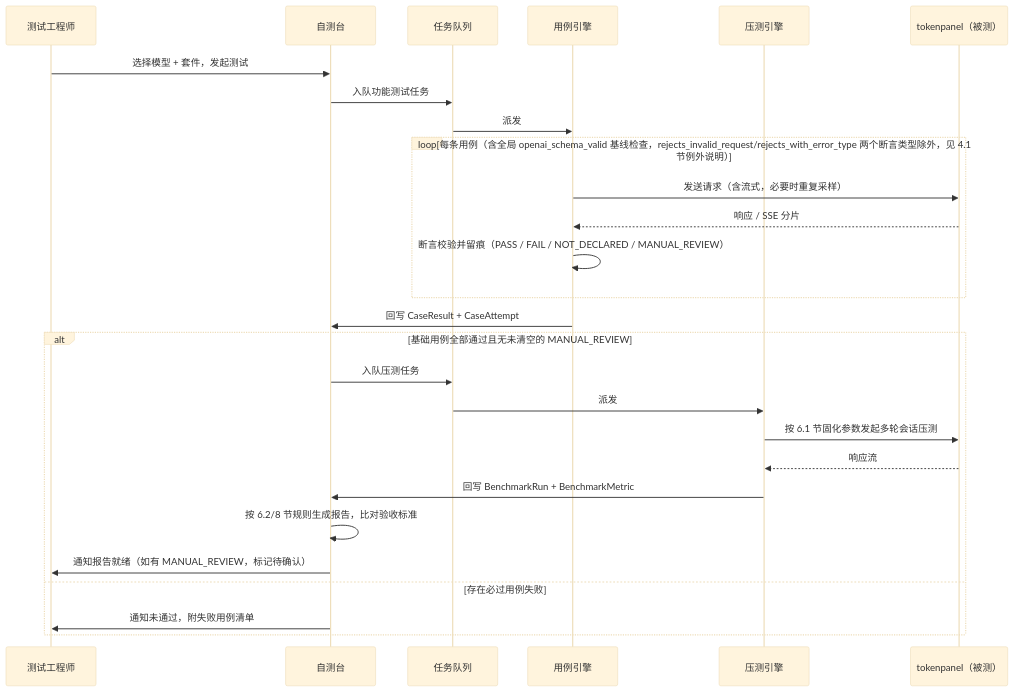
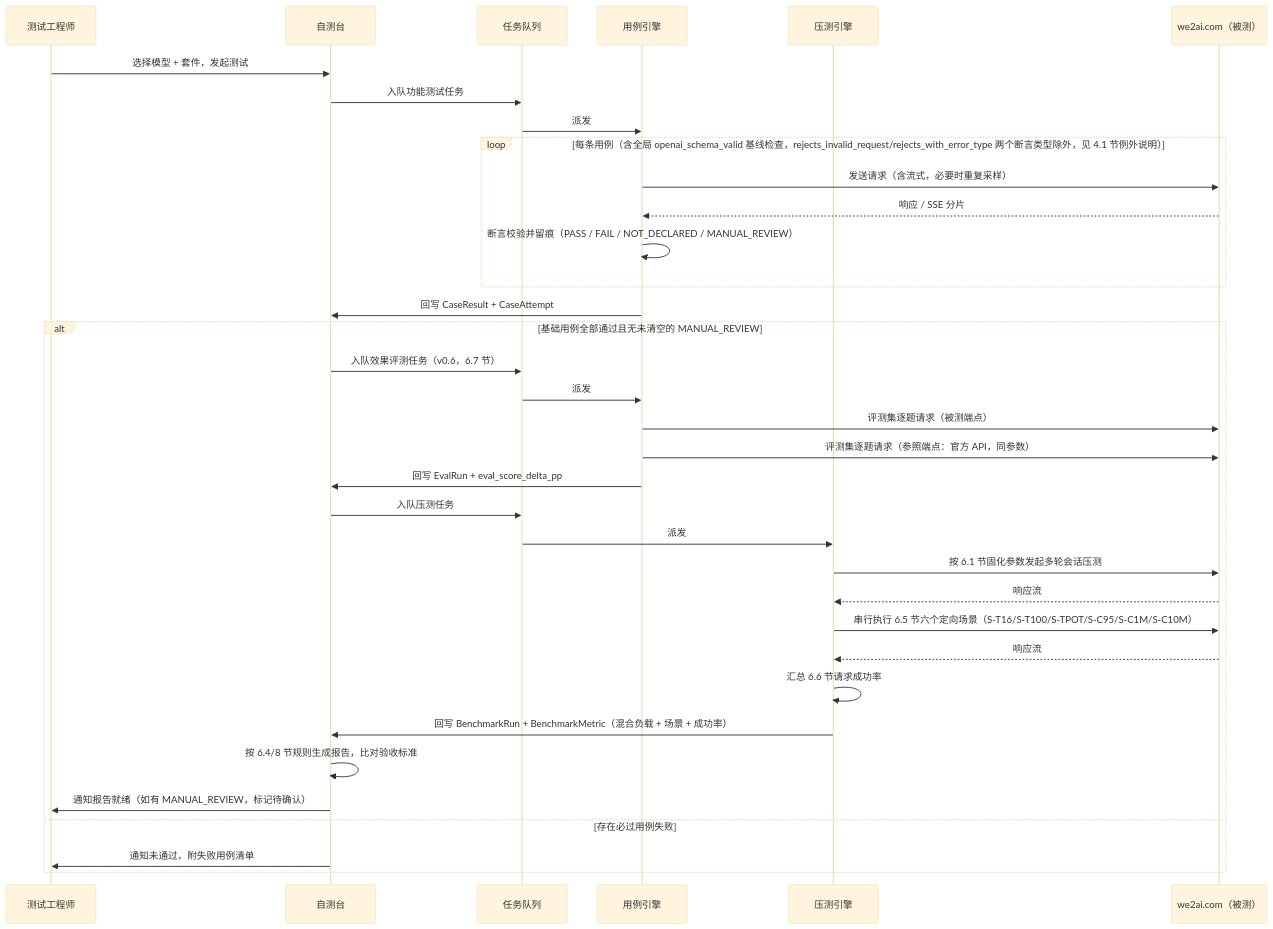
The fourth of 4 diagrams in docs/模型自测台设计方案.md (imleoo/ModelTesting), drawn with Mermaid (base theme) before and after one commit. The commit also changed other lines of this file and 9 other files, not shown here.

First line of the commit message:
docs: 新增 Web 控制台使用章节与配图，回填 v0.6 验收口径

````diff
--- a/docs/模型自测台设计方案.md
+++ b/docs/模型自测台设计方案.md
@@ -405,30 +489,38 @@
 ```mermaid
 sequenceDiagram
   participant U as 测试工程师
   participant P as 自测台
   participant Q as 任务队列
   participant E as 用例引擎
   participant B as 压测引擎
-  participant S as tokenpanel（被测）
+  participant S as we2ai.com（被测）
 
   U->>P: 选择模型 + 套件，发起测试
   P->>Q: 入队功能测试任务
   Q->>E: 派发
   loop 每条用例（含全局 openai_schema_valid 基线检查，rejects_invalid_request/rejects_with_error_type 两个断言类型除外，见 4.1 节例外说明）
     E->>S: 发送请求（含流式，必要时重复采样）
     S-->>E: 响应 / SSE 分片
     E->>E: 断言校验并留痕（PASS / FAIL / NOT_DECLARED / MANUAL_REVIEW）
   end
   E->>P: 回写 CaseResult + CaseAttempt
   alt 基础用例全部通过且无未清空的 MANUAL_REVIEW
+    P->>Q: 入队效果评测任务（v0.6，6.7 节）
+    Q->>E: 派发
+    E->>S: 评测集逐题请求（被测端点）
+    E->>S: 评测集逐题请求（参照端点：官方 API，同参数）
+    E->>P: 回写 EvalRun + eval_score_delta_pp
     P->>Q: 入队压测任务
     Q->>B: 派发
     B->>S: 按 6.1 节固化参数发起多轮会话压测
     S-->>B: 响应流
-    B->>P: 回写 BenchmarkRun + BenchmarkMetric
-    P->>P: 按 6.2/8 节规则生成报告，比对验收标准
+    B->>S: 串行执行 6.5 节六个定向场景（S-T16/S-T100/S-TPOT/S-C95/S-C1M/S-C10M）
+    S-->>B: 响应流
+    B->>B: 汇总 6.6 节请求成功率
+    B->>P: 回写 BenchmarkRun + BenchmarkMetric（混合负载 + 场景 + 成功率）
+    P->>P: 按 6.4/8 节规则生成报告，比对验收标准
     P->>U: 通知报告就绪（如有 MANUAL_REVIEW，标记待确认）
   else 存在必过用例失败
     P->>U: 通知未通过，附失败用例清单
   end
 ```
````
